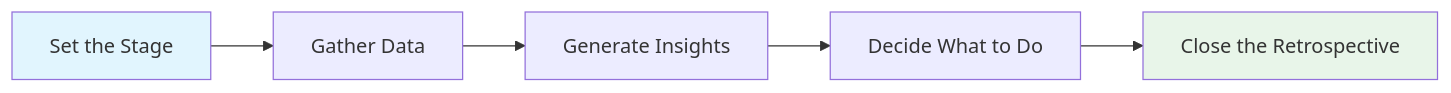
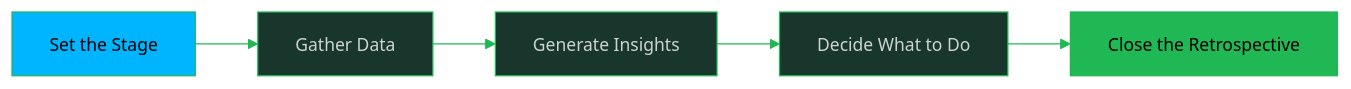
The ninth of 12 diagrams in software-engineering-note/10_Software_Engineering_Process/07_Process_Assessment_and_Improvement.md (oat431/swe-knowledge), drawn with Mermaid before and after one commit. The commit also changed other lines of this file and 28 other files, not shown here.

````diff
--- a/software-engineering-note/10_Software_Engineering_Process/07_Process_Assessment_and_Improvement.md
+++ b/software-engineering-note/10_Software_Engineering_Process/07_Process_Assessment_and_Improvement.md
@@ -405,10 +423,11 @@
 ```mermaid
+%%{init: {'theme':'base','themeVariables':{'primaryColor':'#19362D','primaryTextColor':'#CDD3D1','primaryBorderColor':'#1FB854','lineColor':'#1FB854','secondaryColor':'#161212','tertiaryColor':'#1B1717','background':'#1B1717','mainBkg':'#19362D','nodeBorder':'#1FB854','clusterBkg':'#161212','clusterBorder':'#19362D','titleColor':'#1FB854','edgeLabelBackground':'#161212','fontSize':'14px'}}}%%
 graph LR
     S[Set the Stage] --> G[Gather Data]
     G --> G2[Generate Insights]
     G2 --> D[Decide What to Do]
     D --> C[Close the Retrospective]
     
-    style S fill:#e1f5fe
-    style C fill:#e8f5e9
+    style S fill:#00B5FF,color:#000000
+    style C fill:#1FB854,color:#000000
 ```
````
